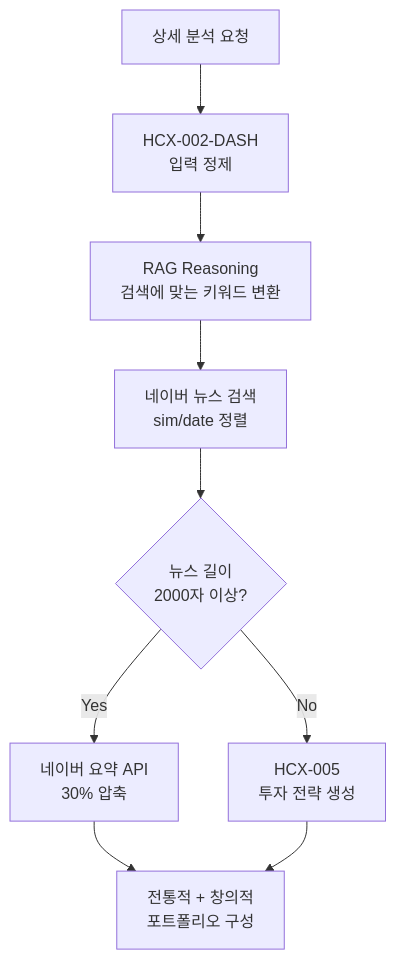
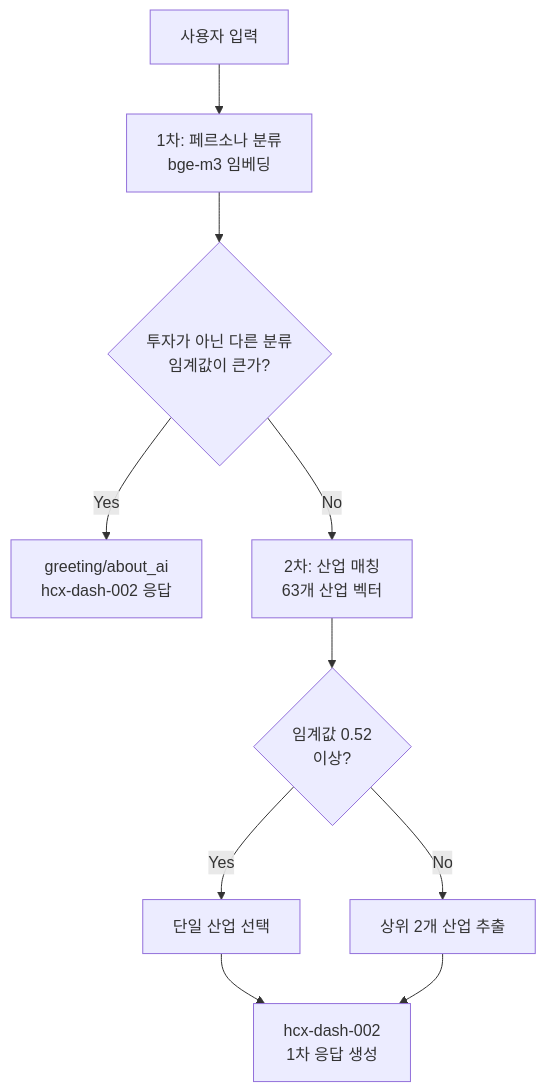
Before and after one commit to Plokies-2/AIfestival: the first of 4 diagrams in README.md, drawn with Mermaid.

Commit message:
readme 오타 수정

````diff
--- a/README.md
+++ b/README.md
@@ -144,11 +144,12 @@
 ```mermaid
 graph TD
-    A[상세 분석 요청] --> B[HCX-002-DASH<br/>입력 정제]
-    B --> C[RAG Reasoning<br/>검색에 맞는 키워드 변환]
-    C --> D[네이버 뉴스 검색<br/>sim/date 정렬]
-    D --> E{뉴스 길이<br/>2000자 이상?}
-    E -->|Yes| F[네이버 요약 API<br/>30% 압축]
-    E -->|No| G[HCX-005<br/>투자 전략 생성]
-    F --> H[전통적 + 창의적<br/>포트폴리오 구성]
-    G --> H
+    A[사용자 입력] --> B[1차: 페르소나 분류<br/>bge-m3 임베딩]
+    B --> C{투자가 아닌 다른 분류<br/>임계값이 큰가?}
+    C -->|Yes| D[greeting/about_ai<br/>hcx-dash-002 응답]
+    C -->|No| E[2차: 산업 매칭<br/>63개 산업 벡터]
+    E --> F{임계값 0.52<br/>이상?}
+    F -->|Yes| G[단일 산업 선택]
+    F -->|No| H[상위 2개 산업 추출]
+    G --> I[hcx-dash-002<br/>1차 응답 생성]
+    H --> I
 ```
````
